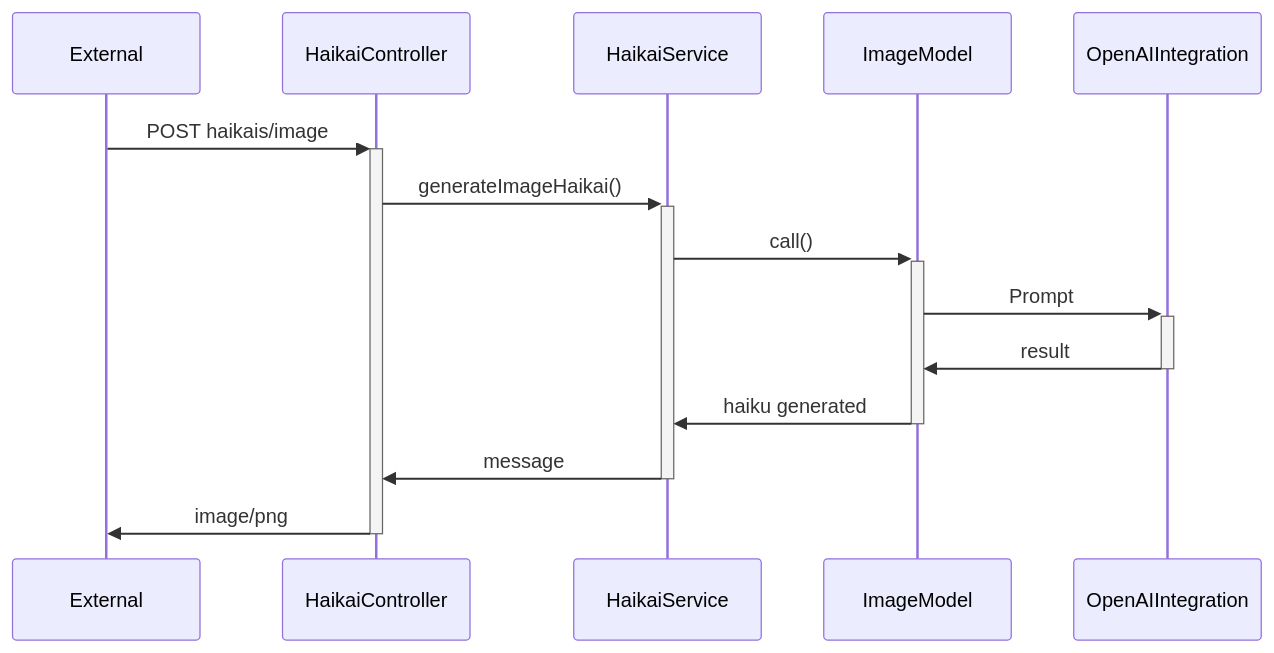
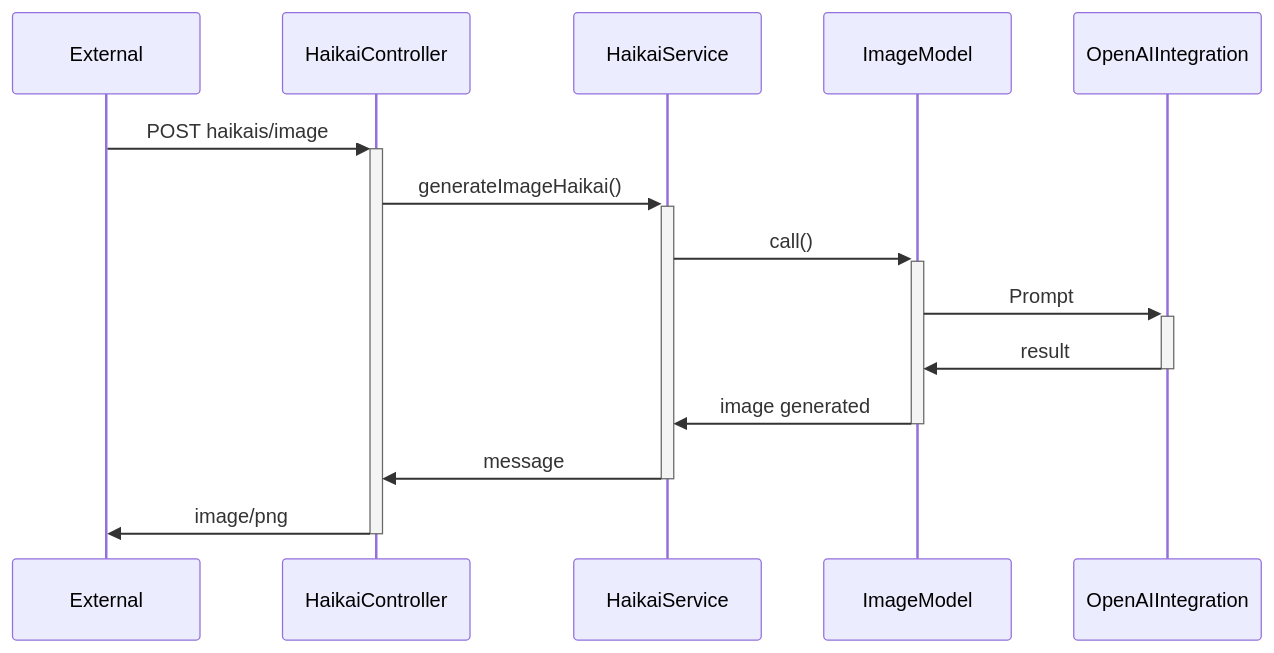
Before and after one commit to ortolanph/haikAI: the third of 5 diagrams in article/article.md, drawn with Mermaid. The commit also changed other lines of this file and 9 other files, not shown here.

Commit message:
changes to the article and adding diagram pictures

````diff
--- a/article/article.md
+++ b/article/article.md
@@ -264,11 +263,11 @@
 ```mermaid
 sequenceDiagram
     External ->>+ HaikaiController: POST haikais/image
     HaikaiController ->>+ HaikaiService: generateImageHaikai()
     HaikaiService ->>+ ImageModel: call()
     ImageModel ->>+ OpenAIIntegration: Prompt
     OpenAIIntegration ->>- ImageModel: result
-    ImageModel ->>- HaikaiService: haiku generated
+    ImageModel ->>- HaikaiService: image generated
     HaikaiService ->>- HaikaiController: message
     HaikaiController ->>- External: image/png
 ```
````
